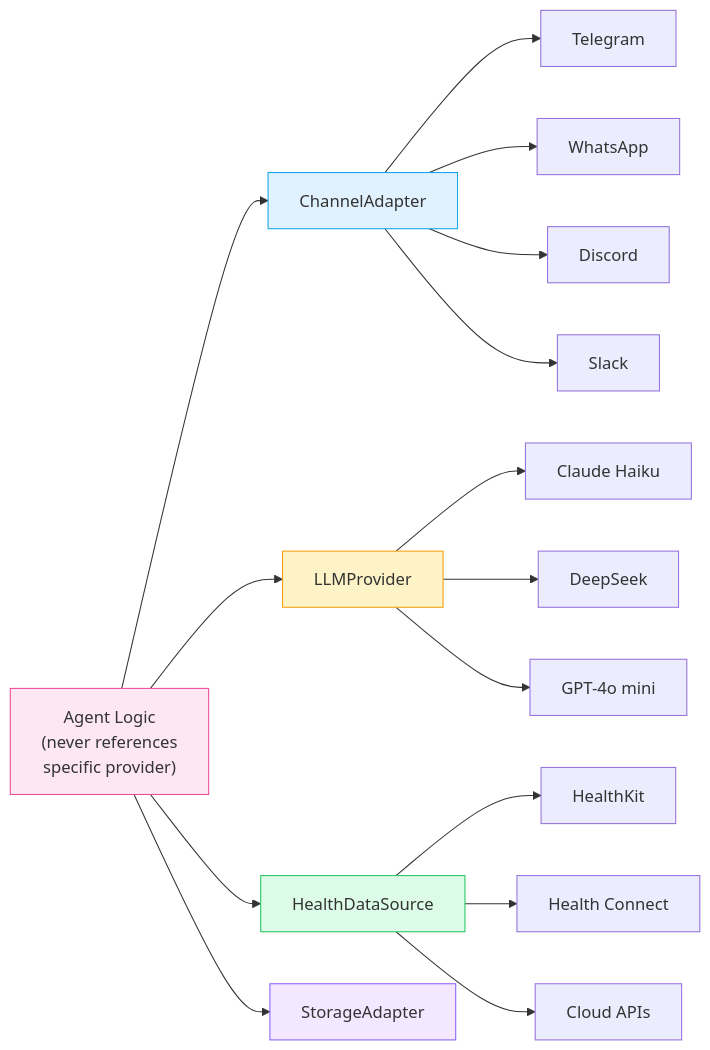
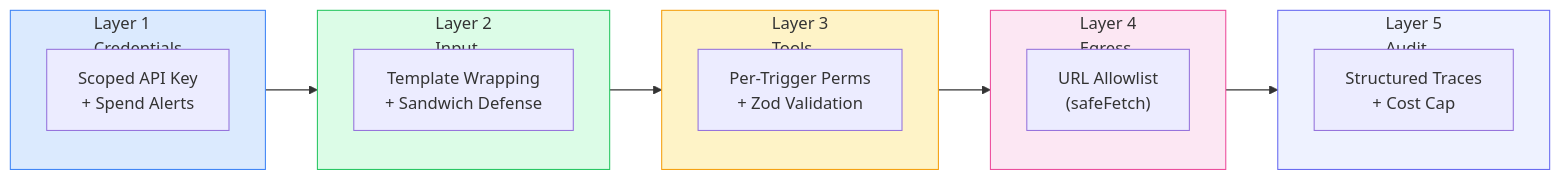
The seventh of 9 diagrams in docs-site/architecture-glance.md (Pin4sf/Waldo), drawn with Mermaid before and after one commit. The commit also changed other lines of this file and 75 other files, not shown here.

First line of the commit message:
feat: Phase A0 complete — health parser, CRS engine, demo console, 10-adapter ecosystem

````diff
--- a/docs-site/architecture-glance.md
+++ b/docs-site/architecture-glance.md
@@ -156,26 +226,26 @@
 ```mermaid
 graph LR
-    AGENT["Agent Logic<br/>(never references<br/>specific provider)"] --> CA["ChannelAdapter"]
-    AGENT --> LLM["LLMProvider"]
-    AGENT --> HD["HealthDataSource"]
-    AGENT --> SA["StorageAdapter"]
+    subgraph L1["Layer 1<br/>Credentials"]
+        A1["Scoped API Key<br/>+ Spend Alerts"]
+    end
+    subgraph L2["Layer 2<br/>Input"]
+        A2["Template Wrapping<br/>+ Sandwich Defense"]
+    end
+    subgraph L3["Layer 3<br/>Tools"]
+        A3["Per-Trigger Perms<br/>+ Zod Validation"]
+    end
+    subgraph L4["Layer 4<br/>Egress"]
+        A4["URL Allowlist<br/>(safeFetch)"]
+    end
+    subgraph L5["Layer 5<br/>Audit"]
+        A5["Structured Traces<br/>+ Cost Cap"]
+    end
 
-    CA --> TG["Telegram"]
-    CA --> WA["WhatsApp"]
-    CA --> DC["Discord"]
-    CA --> SL["Slack"]
+    L1 --> L2 --> L3 --> L4 --> L5
 
-    LLM --> HAIKU["Claude Haiku"]
-    LLM --> DS["DeepSeek"]
-    LLM --> GPT["GPT-4o mini"]
-
-    HD --> HK["HealthKit"]
-    HD --> HC["Health Connect"]
-    HD --> CLOUD["Cloud APIs"]
-
-    style AGENT fill:#fce7f3,stroke:#ec4899
-    style CA fill:#e0f2fe,stroke:#0ea5e9
-    style LLM fill:#fef3c7,stroke:#f59e0b
-    style HD fill:#dcfce7,stroke:#22c55e
-    style SA fill:#f3e8ff,stroke:#8b5cf6
+    style L1 fill:#dbeafe,stroke:#3b82f6
+    style L2 fill:#dcfce7,stroke:#22c55e
+    style L3 fill:#fef3c7,stroke:#f59e0b
+    style L4 fill:#fce7f3,stroke:#ec4899
+    style L5 fill:#eef2ff,stroke:#6366f1
 ```
````
